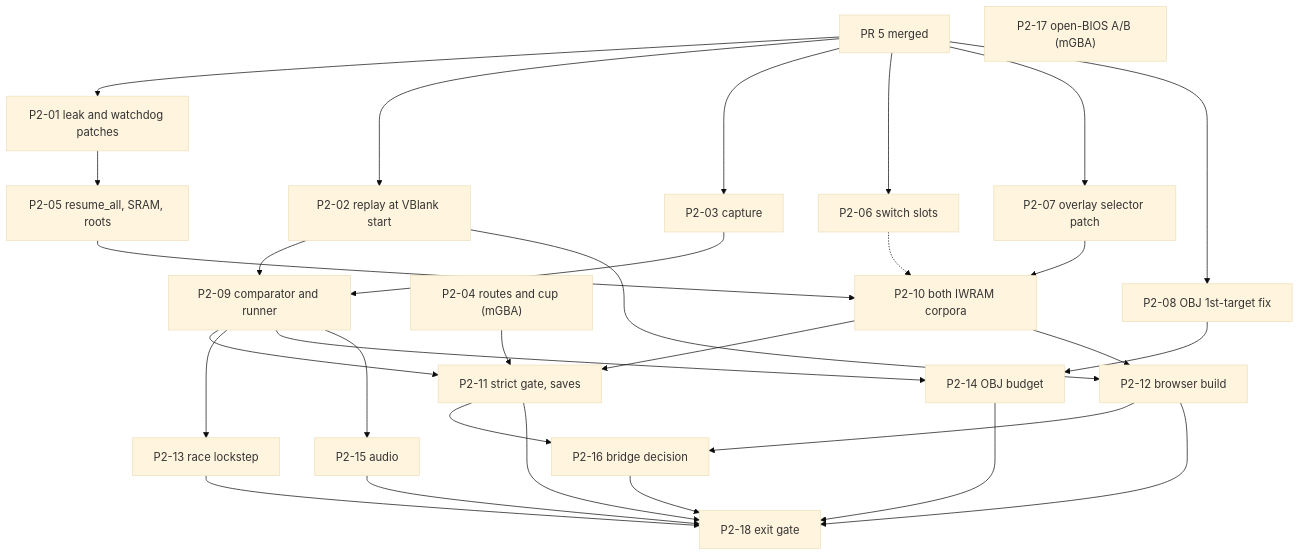
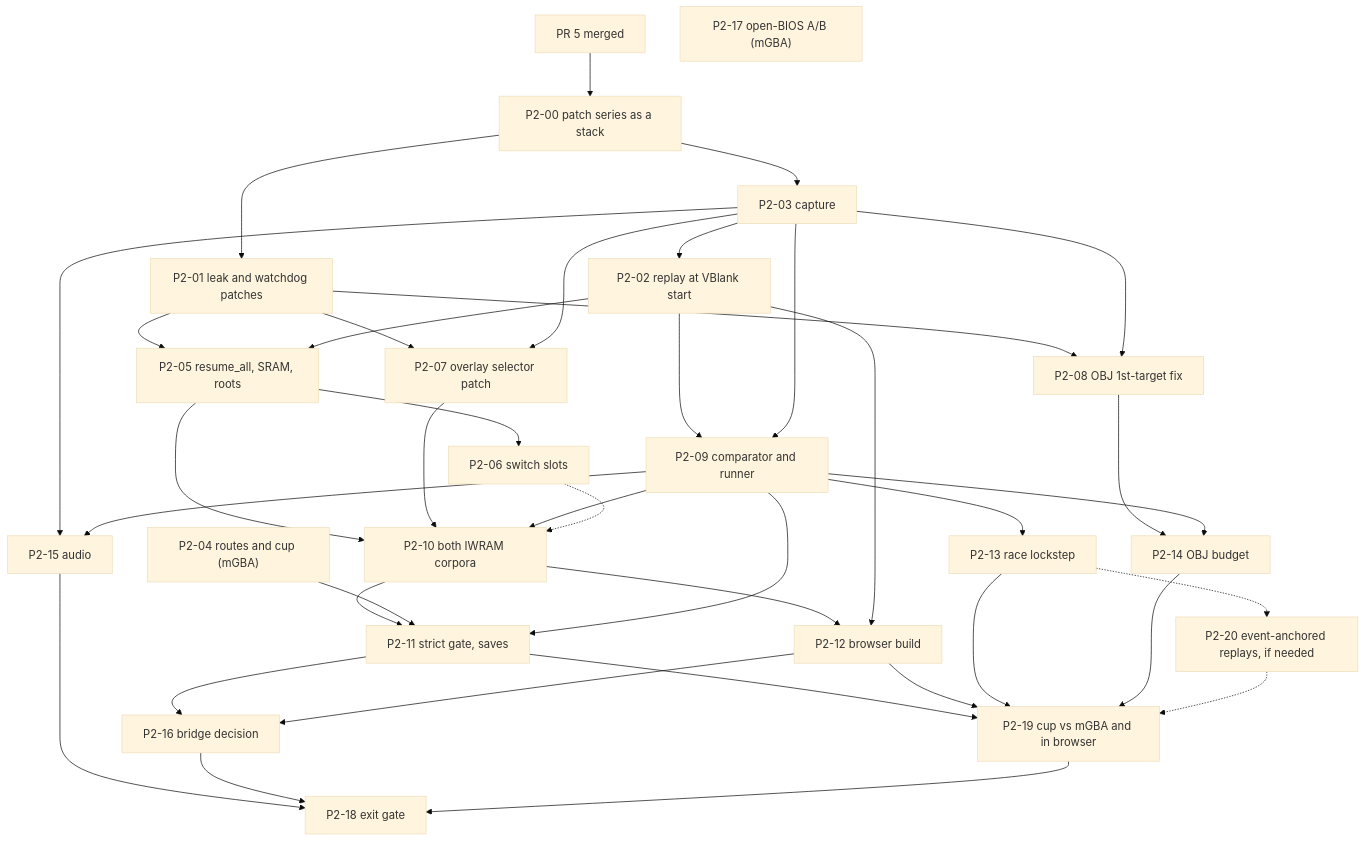
One commit to nvergez/moto-racer-advanced-browser changed the diagram in docs/phase2-plan.md. Above: the diagram before and after it, drawn with Mermaid (base theme). The commit also changed other lines of this file and 2 other files, not shown here.

````diff
--- a/docs/phase2-plan.md
+++ b/docs/phase2-plan.md
@@ -429,34 +511,43 @@
 ```mermaid
 graph TD
-  PR5["PR 5 merged"] --> T01["P2-01 leak and watchdog patches"]
-  PR5 --> T02["P2-02 replay at VBlank start"]
-  PR5 --> T03["P2-03 capture"]
-  PR5 --> T06["P2-06 switch slots"]
-  PR5 --> T07["P2-07 overlay selector patch"]
-  PR5 --> T08["P2-08 OBJ 1st-target fix"]
+  PR5["PR 5 merged"] --> T00["P2-00 patch series as a stack"]
+  T00 --> T01["P2-01 leak and watchdog patches"]
+  T00 --> T03["P2-03 capture"]
+  T03 --> T02["P2-02 replay at VBlank start"]
   T04["P2-04 routes and cup (mGBA)"]
   T17["P2-17 open-BIOS A/B (mGBA)"]
   T01 --> T05["P2-05 resume_all, SRAM, roots"]
+  T02 --> T05
+  T05 --> T06["P2-06 switch slots"]
+  T01 --> T07["P2-07 overlay selector patch"]
+  T03 --> T07
+  T01 --> T08["P2-08 OBJ 1st-target fix"]
+  T03 --> T08
   T02 --> T09["P2-09 comparator and runner"]
   T03 --> T09
   T05 --> T10["P2-10 both IWRAM corpora"]
   T07 --> T10
+  T09 --> T10
   T06 -.-> T10
   T10 --> T11["P2-11 strict gate, saves"]
   T04 --> T11
   T09 --> T11
   T10 --> T12["P2-12 browser build"]
   T02 --> T12
   T09 --> T13["P2-13 race lockstep"]
   T08 --> T14["P2-14 OBJ budget"]
   T09 --> T14
-  T09 --> T15["P2-15 audio"]
+  T03 --> T15["P2-15 audio"]
+  T09 --> T15
   T11 --> T16["P2-16 bridge decision"]
   T12 --> T16
-  T11 --> T18["P2-18 exit gate"]
-  T12 --> T18
-  T13 --> T18
-  T14 --> T18
-  T15 --> T18
+  T13 -.-> T20["P2-20 event-anchored replays, if needed"]
+  T11 --> T19["P2-19 cup vs mGBA and in browser"]
+  T12 --> T19
+  T13 --> T19
+  T14 --> T19
+  T20 -.-> T19
+  T15 --> T18["P2-18 exit gate"]
   T16 --> T18
+  T19 --> T18
 ```
````
